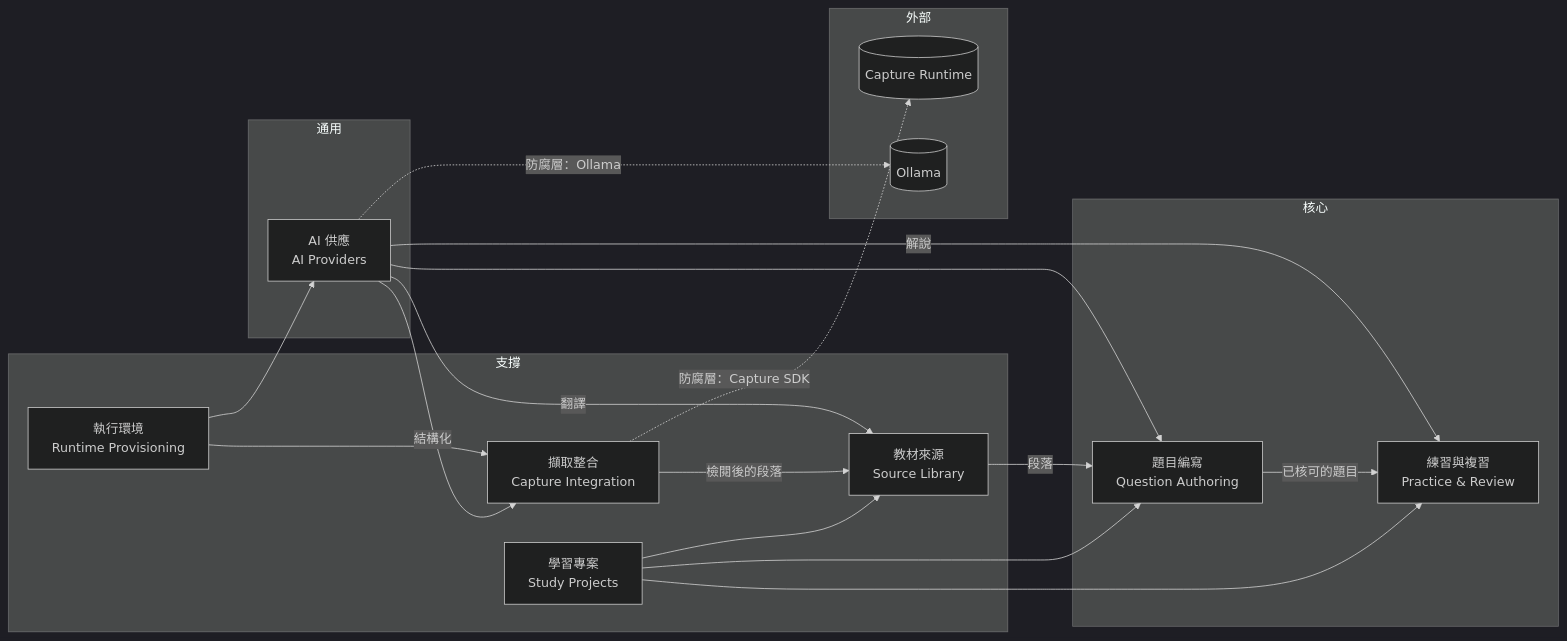
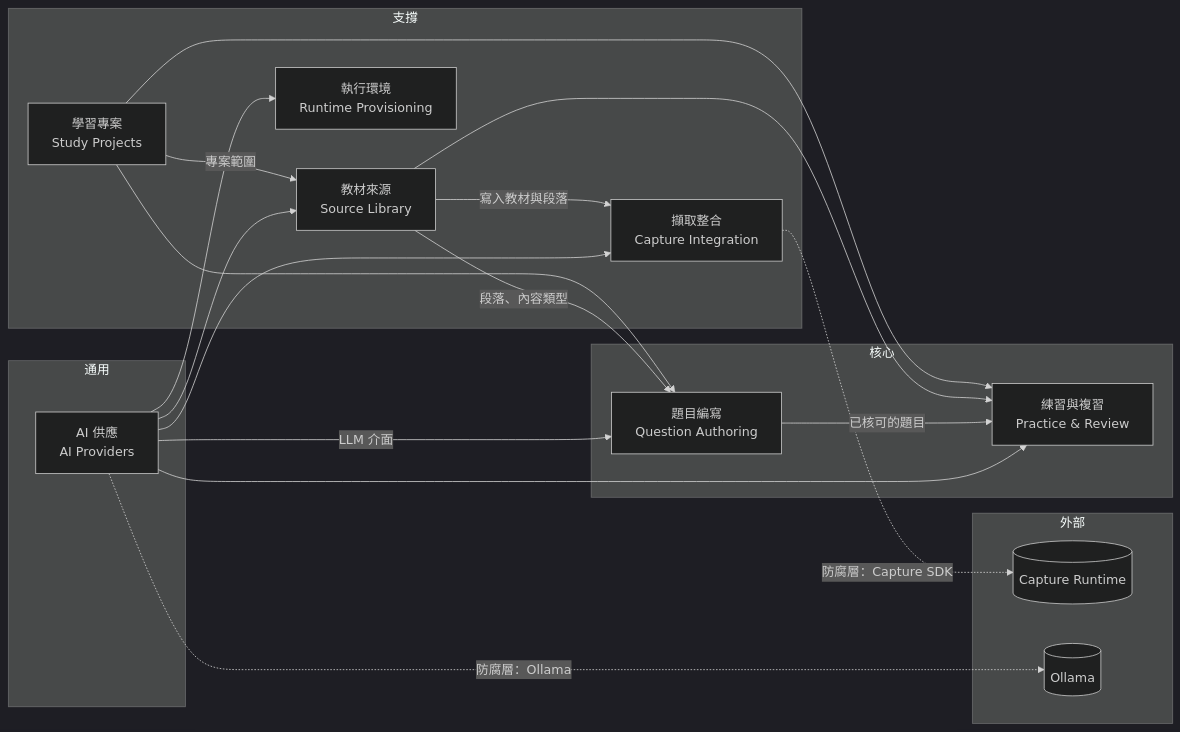
One commit to WodenWang820118/cert-prep changed the first of 2 diagrams in .agents/PLANS/ddd-refactor/README.md. Above: the diagram before and after it, drawn with Mermaid (dark theme). The commit also changed other lines of this file and 2 other files, not shown here.

````diff
--- a/.agents/PLANS/ddd-refactor/README.md
+++ b/.agents/PLANS/ddd-refactor/README.md
@@ -33,34 +33,34 @@
 ```mermaid
 flowchart LR
   subgraph 核心
     AUTH["題目編寫<br/>Question Authoring"]
     PRAC["練習與複習<br/>Practice & Review"]
   end
   subgraph 支撐
     PROJ["學習專案<br/>Study Projects"]
     SRC["教材來源<br/>Source Library"]
     CAP["擷取整合<br/>Capture Integration"]
     RUN["執行環境<br/>Runtime Provisioning"]
   end
   subgraph 通用
     AI["AI 供應<br/>AI Providers"]
   end
   subgraph 外部
     CR[(Capture Runtime)]
     OL[(Ollama)]
   end
-  PROJ --> SRC
+  PROJ -- "專案範圍" --> SRC
   PROJ --> AUTH
   PROJ --> PRAC
-  CAP -- "檢閱後的段落" --> SRC
-  SRC -- "段落" --> AUTH
+  SRC -- "段落、內容類型" --> AUTH
+  SRC -- "寫入教材與段落" --> CAP
+  SRC --> PRAC
   AUTH -- "已核可的題目" --> PRAC
-  AI --> AUTH
-  AI -- "解說" --> PRAC
-  AI -- "結構化" --> CAP
-  AI -- "翻譯" --> SRC
-  RUN --> AI
-  RUN --> CAP
+  AI -- "LLM 介面" --> AUTH
+  AI --> PRAC
+  AI --> CAP
+  AI --> SRC
+  AI --> RUN
   CAP -. 防腐層：Capture SDK .-> CR
   AI -. 防腐層：Ollama .-> OL
 ```
````
